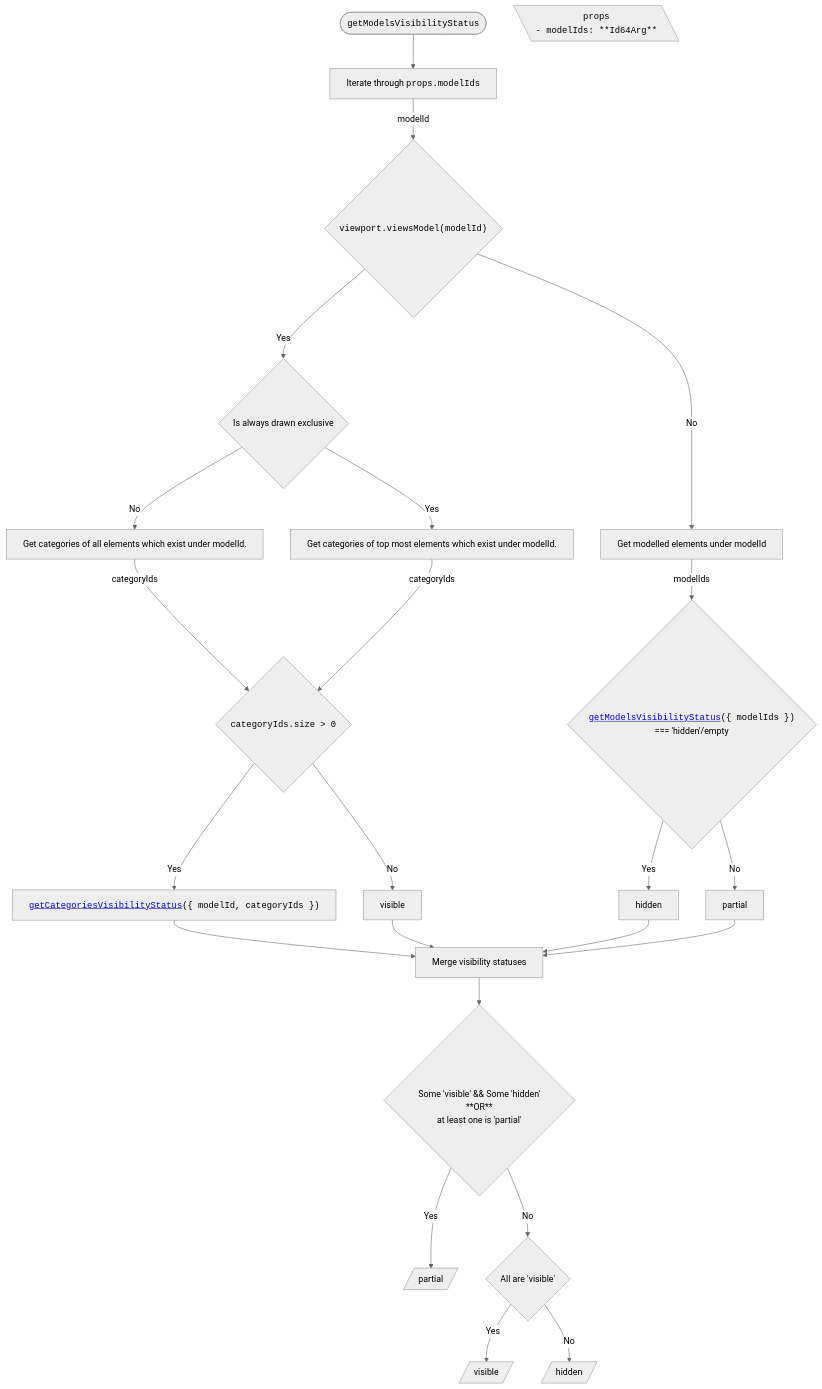
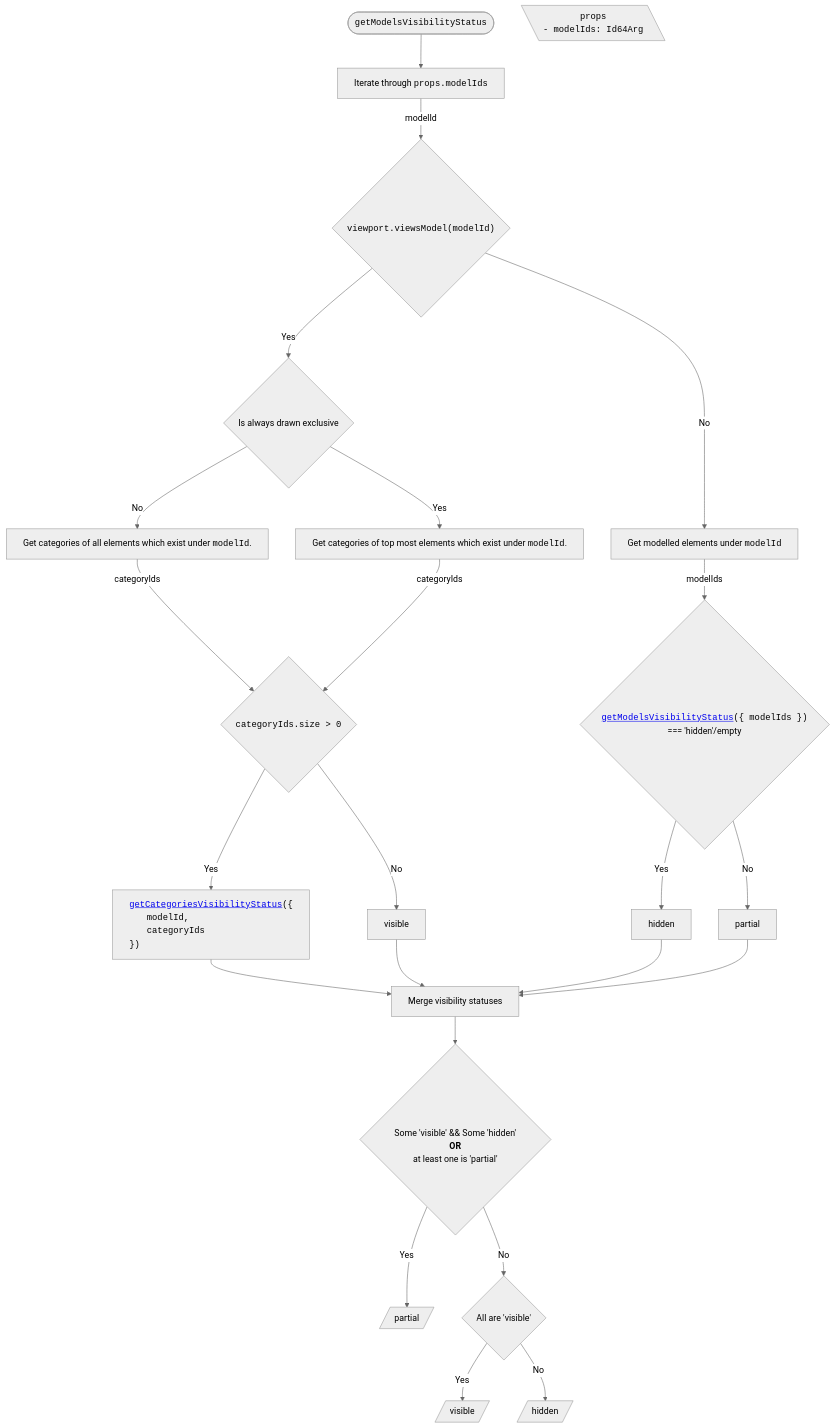
The second of 14 diagrams in packages/itwin/tree-widget/docs/SharedVisibilityHandling.md (iTwin/viewer-components-react), drawn with Mermaid (neutral theme) before and after one commit. The commit also changed other lines of this file and 7 other files, not shown here.

First line of the commit message:
[Tree widget]: add change visibility mermaid diagrams on `next` (#1674)

````diff
--- a/packages/itwin/tree-widget/docs/SharedVisibilityHandling.md
+++ b/packages/itwin/tree-widget/docs/SharedVisibilityHandling.md
@@ -75,53 +84,56 @@
 ```mermaid
 ---
 config:
   flowchart:
     wrappingWidth: 750
     useMaxWidth: false
 ---
 
 flowchart TD
   RESULT_Partial[/partial/]
   RESULT_Visible[/visible/]
   RESULT_Hidden[/hidden/]
 
   %% Start
-  TITLE(["<code>getModelsVisibilityStatus</code>"]) --> A[Iterate through <code>props.modelIds</code>]
+  TITLE(["<span style='font-family: monospace;'>getModelsVisibilityStatus</span>"]) --> A[Iterate through <span style='font-family: monospace;'>props.modelIds</span>]
 
   PROPS[\"
-    <code>props</code>
-    <code style='text-align: left;'>- modelIds: **Id64Arg**</code>
+    <span style='font-family: monospace;'>props</span>
+    <span style='display: block; text-align: left; font-family: monospace;'>- modelIds: Id64Arg</span>
   "\]
 
-  A -- modelId --> B{"<code>viewport.viewsModel(modelId)</code>"}
+  A -- modelId --> B{"<span style='font-family: monospace;'>viewport.viewsModel(modelId)</span>"}
 
   %% Branch Yes
   B -- Yes --> C1{Is always drawn exclusive}
-  C1 -- No --> C11[Get categories of all elements which exist under modelId.]
-  C1 -- Yes --> C12[Get categories of top most elements which exist under modelId.]
-  C11 -- categoryIds --> D0{<code>categoryIds.size > 0<code/>}
+  C1 -- No --> C11[Get categories of all elements which exist under <span style='font-family: monospace;'>modelId</span>.]
+  C1 -- Yes --> C12[Get categories of top most elements which exist under <span style='font-family: monospace;'>modelId</span>.]
+  C11 -- categoryIds --> D0{<span style='font-family: monospace;'>categoryIds.size > 0</span>}
   C12 -- categoryIds --> D0
-    D0 -- Yes --> D1["<code><a href='#getcategoriesvisibilitystatus'>getCategoriesVisibilityStatus</a>({ modelId, categoryIds })</code>"]
+    D0 -- Yes --> D1["<div style='text-align: left; font-family: monospace;'><a href='#getcategoriesvisibilitystatus'>getCategoriesVisibilityStatus</a>({
+    <span style='padding-left: 2rem;'>modelId,</span>
+    <span style='padding-left: 2rem;'>categoryIds</span>
+    })</div>"]
     D0 -- No --> E1[visible]
 
   %% Branch No
-  B -- No --> C2[Get modelled elements under modelId]
-  C2 -- modelIds --> D2{"<code><a href='#getmodelsvisibilitystatus'>getModelsVisibilityStatus</a>({ modelIds })</code> <br/> === 'hidden'/empty"}
+  B -- No --> C2[Get modelled elements under <span style='font-family: monospace;'>modelId</span>]
+  C2 -- modelIds --> D2{"<span style='font-family: monospace;'><a href='#getmodelsvisibilitystatus'>getModelsVisibilityStatus</a>({ modelIds })</span> <br/> === 'hidden'/empty"}
     D2 -- Yes --> E2[hidden]
     D2 -- No --> E3[partial]
 
   %% Merge
   D1 --> M[Merge visibility statuses]
   E1 --> M
   E2 --> M
   E3 --> M
 
-  M --> N{<br/> Some 'visible' && Some 'hidden' <br/> **OR** <br/> at least one is 'partial'}
+  M --> N{<br/> Some 'visible' && Some 'hidden' <br/> <strong>OR</strong> <br/> at least one is 'partial'}
 
   N -- Yes --> RESULT_Partial
 
   N -- No --> O{All are 'visible'}
 
   O -- Yes --> RESULT_Visible
   O -- No --> RESULT_Hidden
 ```
````
